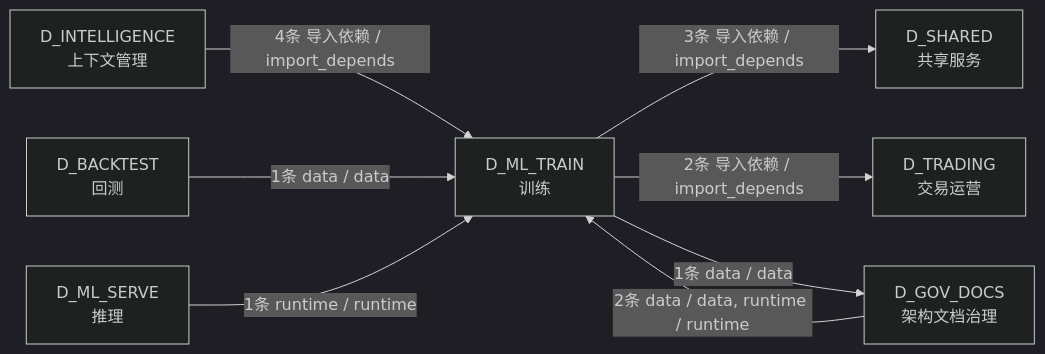
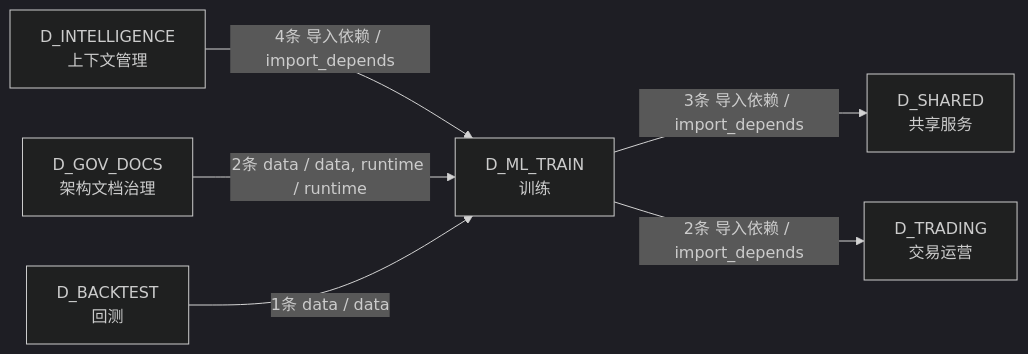
One commit to xuanFelixVan/ZephyrAlpha changed the fourth of 4 diagrams in docs/02_enterprise_architecture/02_domain_architecture_docs/50_d_ml_train.md. Above: the diagram before and after it, drawn with Mermaid (dark theme). The commit also changed other lines of this file and 101 other files, not shown here.

````diff
--- a/docs/02_enterprise_architecture/02_domain_architecture_docs/50_d_ml_train.md
+++ b/docs/02_enterprise_architecture/02_domain_architecture_docs/50_d_ml_train.md
@@ -203,17 +193,14 @@
 ```mermaid
 graph LR
     D_ML_TRAIN["D_ML_TRAIN<br/>训练"]
     D_SHARED["D_SHARED<br/>共享服务"]
     D_TRADING["D_TRADING<br/>交易运营"]
+    D_INTELLIGENCE["D_INTELLIGENCE<br/>上下文管理"]
     D_GOV_DOCS["D_GOV_DOCS<br/>架构文档治理"]
-    D_INTELLIGENCE["D_INTELLIGENCE<br/>上下文管理"]
     D_BACKTEST["D_BACKTEST<br/>回测"]
-    D_ML_SERVE["D_ML_SERVE<br/>推理"]
     D_ML_TRAIN -->|3条 导入依赖 / import_depends| D_SHARED
     D_ML_TRAIN -->|2条 导入依赖 / import_depends| D_TRADING
-    D_ML_TRAIN -->|1条 data / data| D_GOV_DOCS
     D_INTELLIGENCE -->|4条 导入依赖 / import_depends| D_ML_TRAIN
     D_GOV_DOCS -->|2条 data / data, runtime / runtime| D_ML_TRAIN
     D_BACKTEST -->|1条 data / data| D_ML_TRAIN
-    D_ML_SERVE -->|1条 runtime / runtime| D_ML_TRAIN
 ```
````
